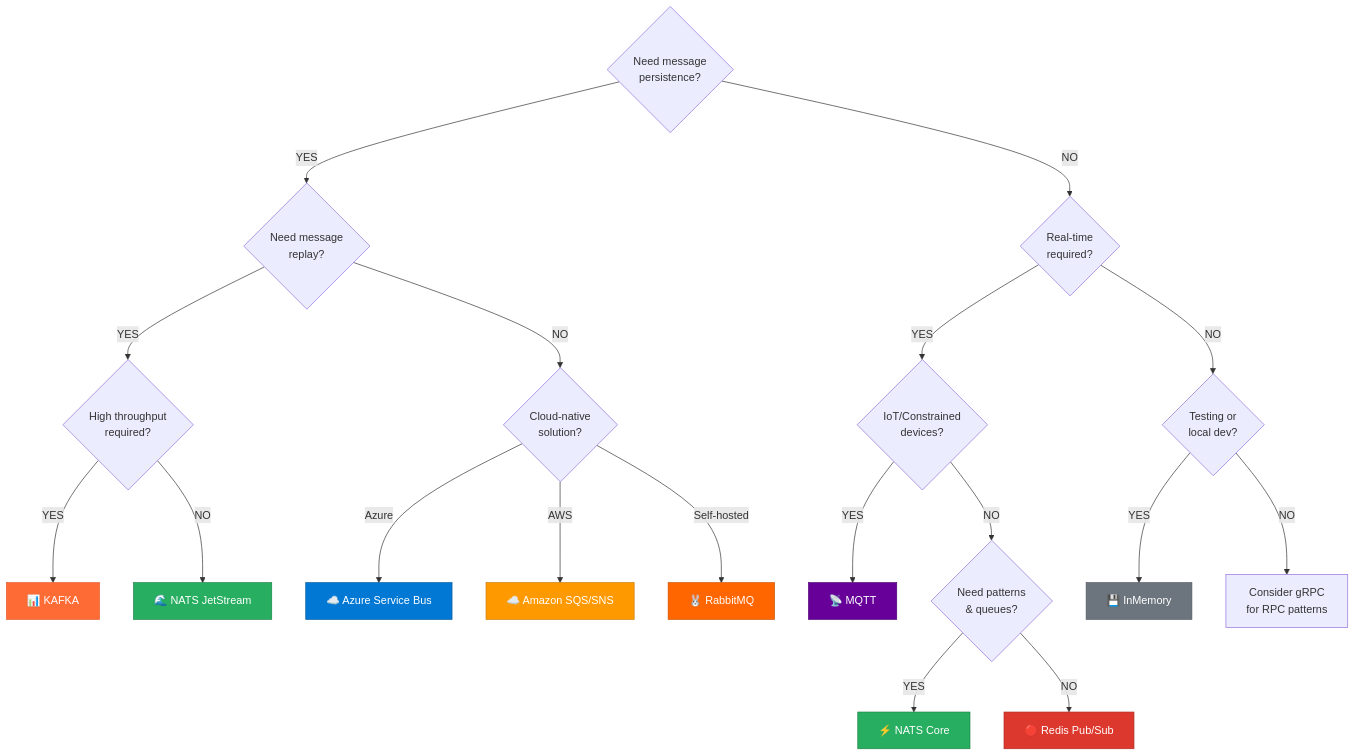
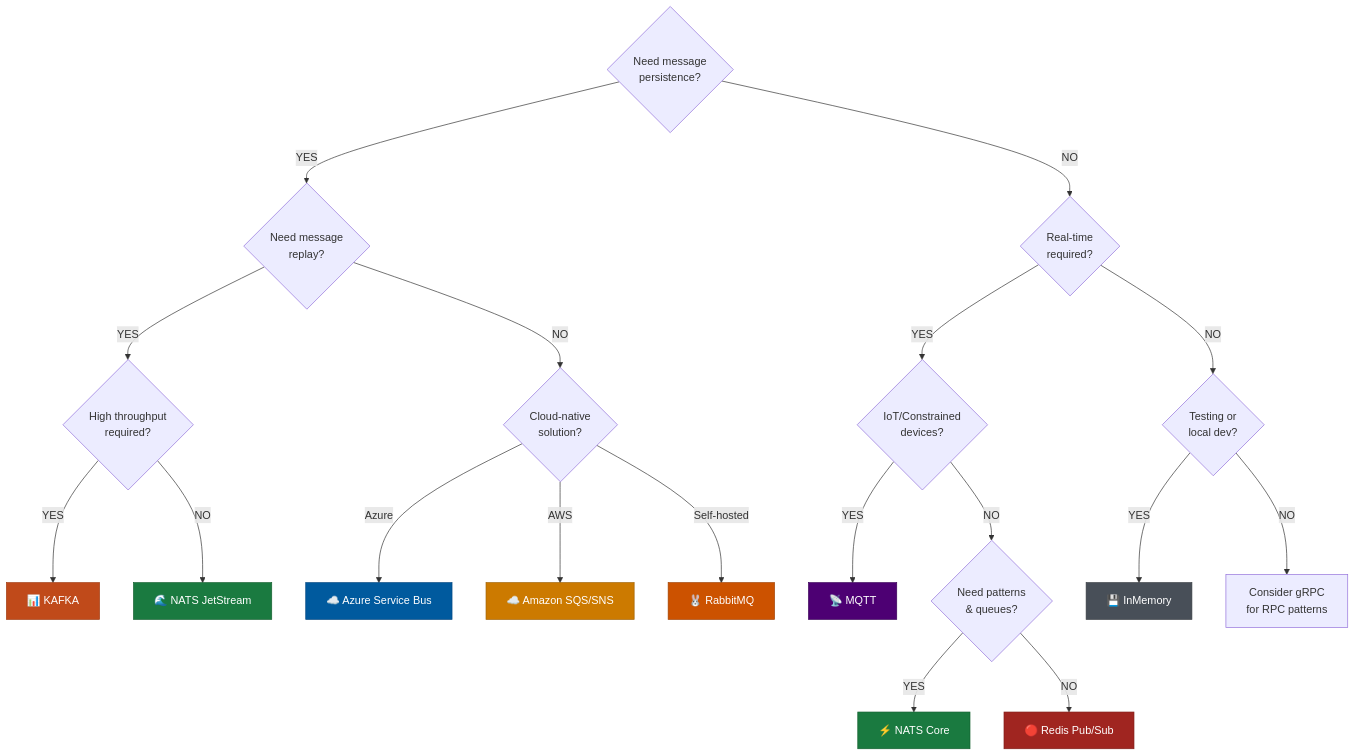
The first of 4 diagrams in docs/messaging/transports.md (dlrivada/Encina), drawn with Mermaid before and after one commit. The commit also changed other lines of this file and 6 other files, not shown here.

First line of the commit message:
docs: replace hardcoded light-mode Mermaid colors with dark equivalents

````diff
--- a/docs/messaging/transports.md
+++ b/docs/messaging/transports.md
@@ -43,38 +43,38 @@
 ```mermaid
 flowchart TD
     A{Need message<br/>persistence?}
     A -->|YES| B{Need message<br/>replay?}
     A -->|NO| C{Real-time<br/>required?}
 
     B -->|YES| D{High throughput<br/>required?}
     B -->|NO| E{Cloud-native<br/>solution?}
 
     D -->|YES| F[📊 KAFKA]
     D -->|NO| G[🌊 NATS JetStream]
 
     E -->|Azure| H[☁️ Azure Service Bus]
     E -->|AWS| I[☁️ Amazon SQS/SNS]
     E -->|Self-hosted| J[🐰 RabbitMQ]
 
     C -->|YES| K{IoT/Constrained<br/>devices?}
     C -->|NO| L{Testing or<br/>local dev?}
 
     K -->|YES| M[📡 MQTT]
     K -->|NO| N{Need patterns<br/>& queues?}
 
     N -->|YES| O[⚡ NATS Core]
     N -->|NO| P[🔴 Redis Pub/Sub]
 
     L -->|YES| Q[💾 InMemory]
     L -->|NO| R[Consider gRPC<br/>for RPC patterns]
 
-    style F fill:#FF6B35,stroke:#E55A2B,color:#fff
-    style G fill:#27AE60,stroke:#1E8449,color:#fff
-    style H fill:#0078D4,stroke:#005A9E,color:#fff
-    style I fill:#FF9900,stroke:#CC7A00,color:#fff
-    style J fill:#FF6600,stroke:#CC5200,color:#fff
-    style M fill:#660099,stroke:#4D0073,color:#fff
-    style O fill:#27AE60,stroke:#1E8449,color:#fff
-    style P fill:#DC382D,stroke:#B02D24,color:#fff
-    style Q fill:#6C757D,stroke:#545B62,color:#fff
+    style F fill:#c04a1a,stroke:#a03a10,color:#fff
+    style G fill:#1a7a40,stroke:#14602f,color:#fff
+    style H fill:#005a9e,stroke:#004680,color:#fff
+    style I fill:#cc7a00,stroke:#a06000,color:#fff
+    style J fill:#cc5200,stroke:#a04000,color:#fff
+    style M fill:#4d0073,stroke:#3a0058,color:#fff
+    style O fill:#1a7a40,stroke:#14602f,color:#fff
+    style P fill:#a02520,stroke:#801d18,color:#fff
+    style Q fill:#484f58,stroke:#383d42,color:#fff
 ```
````
